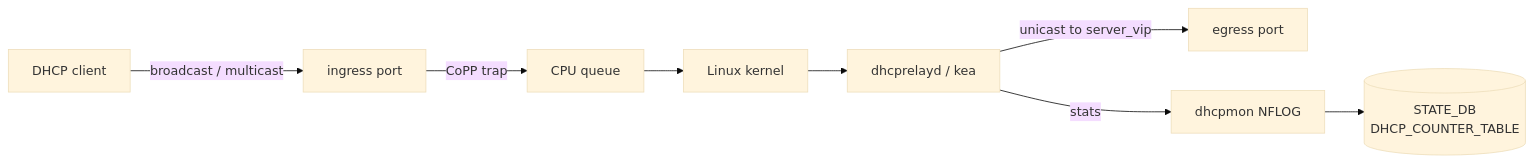
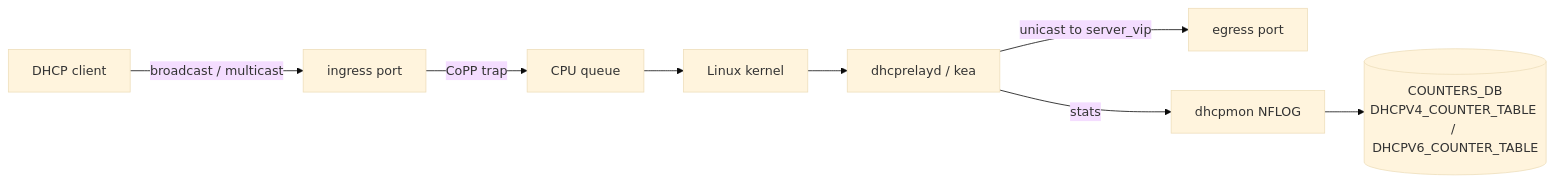
The third of 3 diagrams in docs/topics/16-nat-dhcp-dns/internals.md (aoki-taquan/sonic-unofficial-docs), drawn with Mermaid (base theme) before and after one commit. The commit also changed other lines of this file and 18 other files, not shown here.

````diff
--- a/docs/topics/16-nat-dhcp-dns/internals.md
+++ b/docs/topics/16-nat-dhcp-dns/internals.md
@@ -130,10 +131,10 @@
 ```mermaid
 flowchart LR
   CLIENT[DHCP client] -->|broadcast / multicast| PORT[ingress port]
   PORT -->|CoPP trap| CPU[CPU queue]
   CPU --> KERNEL[Linux kernel]
   KERNEL --> RELAY[dhcprelayd / kea]
   RELAY -->|unicast to server_vip| EGRESS[egress port]
   RELAY -->|stats| DHCPMON[dhcpmon NFLOG]
-  DHCPMON --> STATE[(STATE_DB<br/>DHCP_COUNTER_TABLE)]
+  DHCPMON --> STATE[(COUNTERS_DB<br/>DHCPV4_COUNTER_TABLE / DHCPV6_COUNTER_TABLE)]
 ```
````
